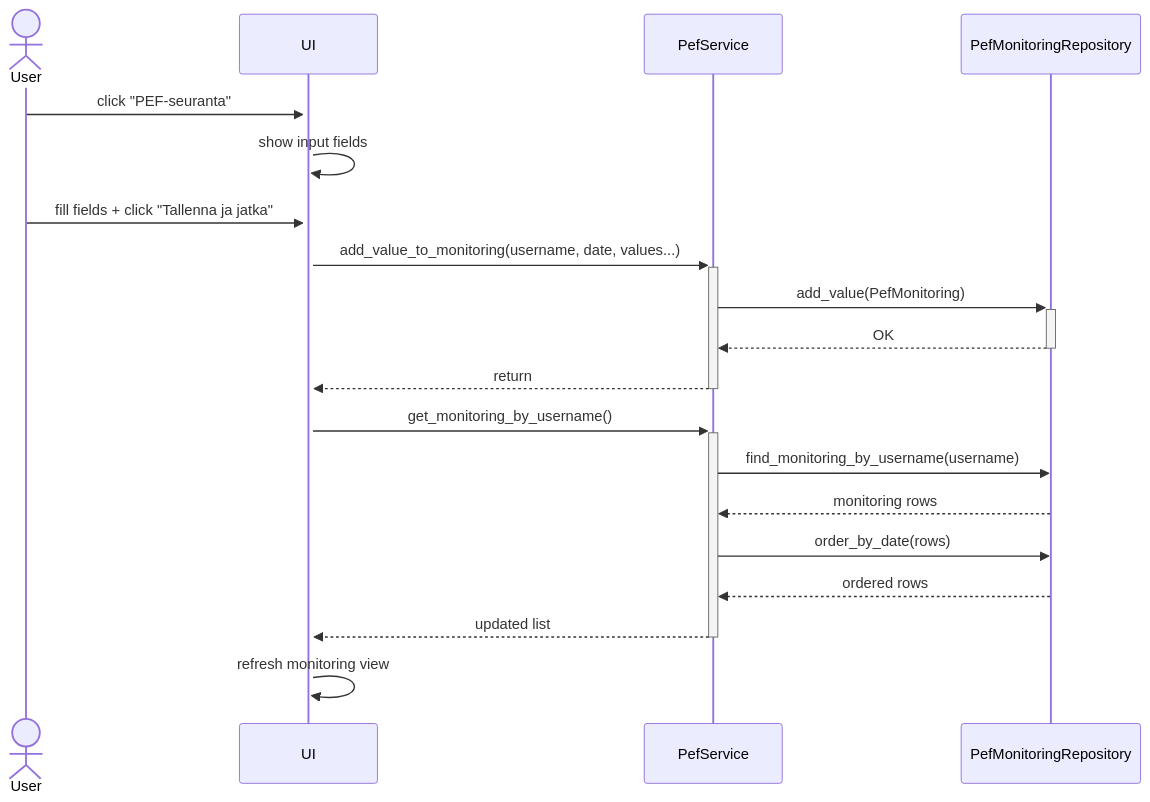
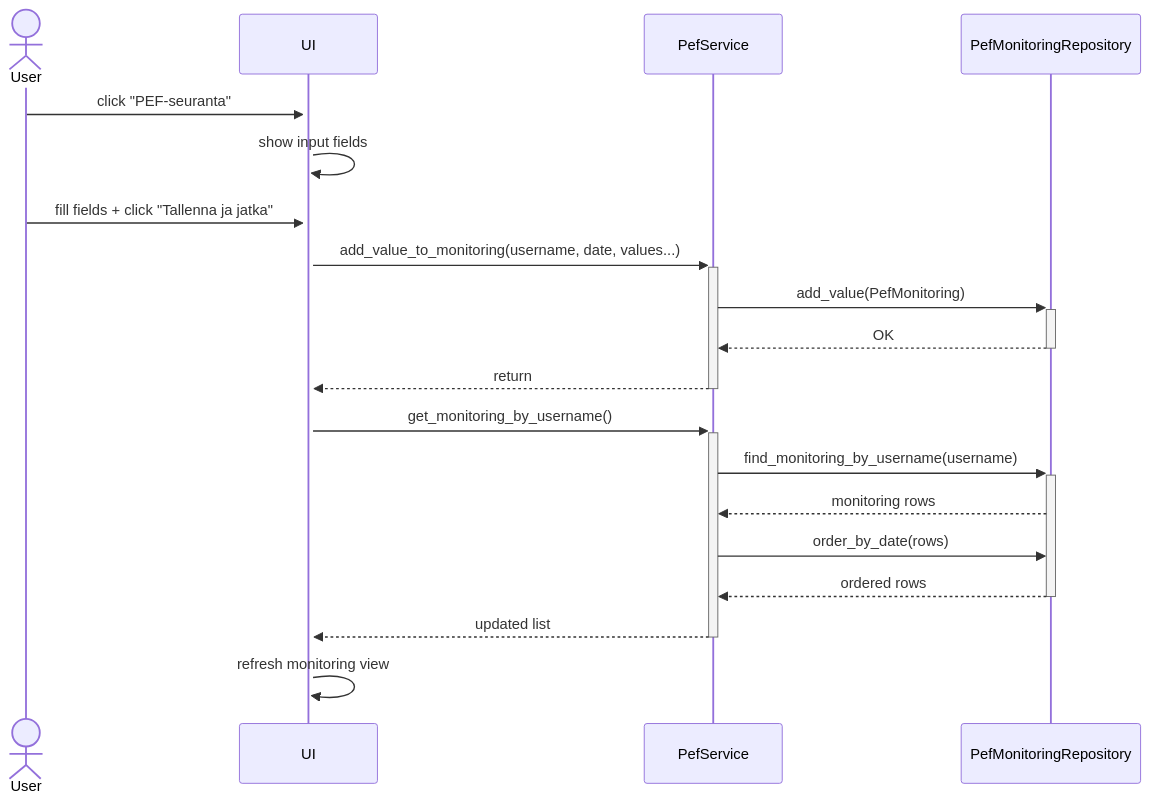
Before and after one commit to JVilo/ot-harjoitustyo: the fifth of 6 diagrams in dokumentaatio/arkkitehtuuri.md, drawn with Mermaid.

Commit message:
updated sequence diagram

````diff
--- a/dokumentaatio/arkkitehtuuri.md
+++ b/dokumentaatio/arkkitehtuuri.md
@@ -155,21 +155,21 @@
 ```mermaid
 sequenceDiagram
   actor User
   participant UI
   participant PefService
   participant PefMonitoringRepository
   User->>+UI: click "PEF-seuranta"
   UI->>UI: show input fields
   User->>UI: fill fields + click "Tallenna ja jatka"
   UI->>+PefService: add_value_to_monitoring(username, date, values...)
   PefService->>+PefMonitoringRepository: add_value(PefMonitoring)
   PefMonitoringRepository-->>-PefService: OK
   PefService-->>-UI: return
   UI->>+PefService: get_monitoring_by_username()
-  PefService->>PefMonitoringRepository: find_monitoring_by_username(username)
+  PefService->>+PefMonitoringRepository: find_monitoring_by_username(username)
   PefMonitoringRepository-->>PefService: monitoring rows
   PefService->>PefMonitoringRepository: order_by_date(rows)
-  PefMonitoringRepository-->>PefService: ordered rows
+  PefMonitoringRepository-->>-PefService: ordered rows
   PefService-->>-UI: updated list
   UI->>UI: refresh monitoring view
 ```
````
